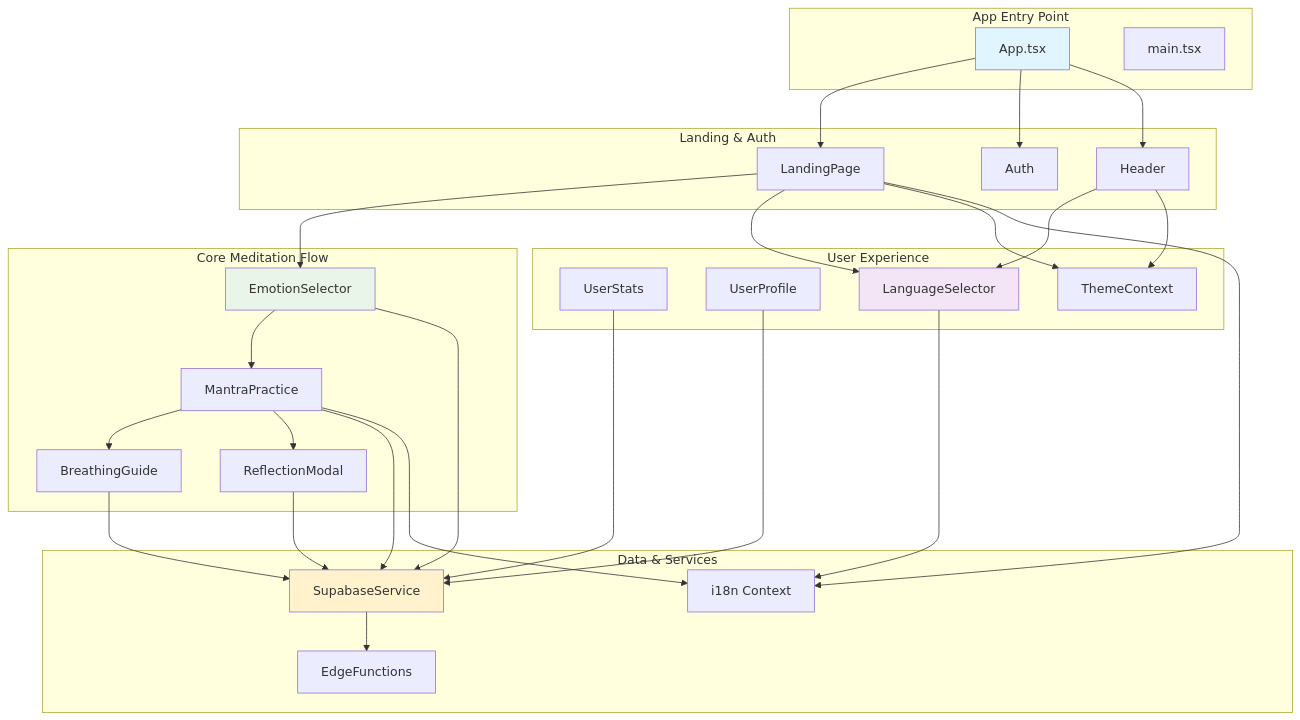
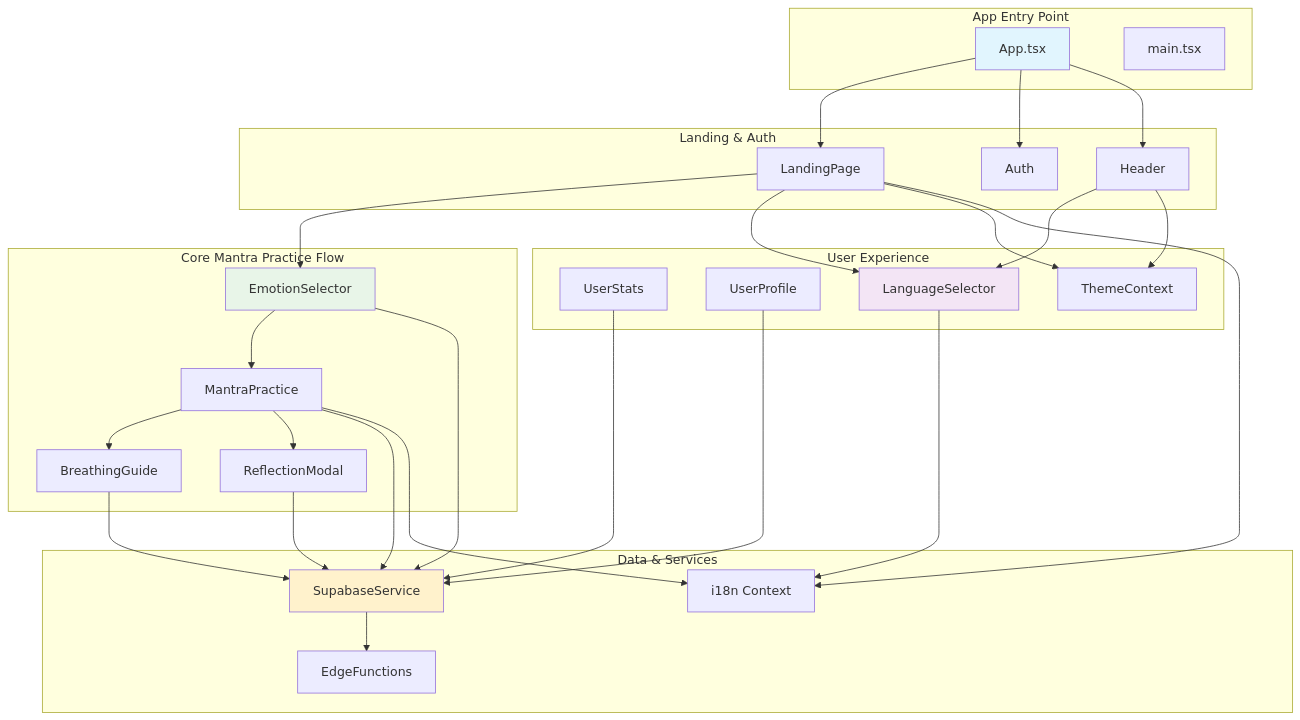
Before and after one commit to life-universe025/Emotion-mantra-mapping: the fifth of 6 diagrams in README.md, drawn with Mermaid. The commit also changed other lines of this file and 46 other files, not shown here.

````diff
--- a/README.md
+++ b/README.md
@@ -454,64 +454,64 @@
 ```mermaid
 graph TD
     subgraph "App Entry Point"
         A[App.tsx]
         B[main.tsx]
     end
     
     subgraph "Landing & Auth"
         C[LandingPage]
         D[Auth]
         E[Header]
     end
     
-    subgraph "Core Meditation Flow"
+    subgraph "Core Mantra Practice Flow"
         F[EmotionSelector]
         G[MantraPractice]
         H[BreathingGuide]
         I[ReflectionModal]
     end
     
     subgraph "User Experience"
         J[UserStats]
         K[UserProfile]
         L[LanguageSelector]
         M[ThemeContext]
     end
     
     subgraph "Data & Services"
         N[SupabaseService]
         O[EdgeFunctions]
         P[i18n Context]
     end
     
     A --> C
     A --> D
     A --> E
     
     C --> F
     F --> G
     G --> H
     G --> I
     
     E --> L
     E --> M
     C --> L
     C --> M
     
     F --> N
     G --> N
     H --> N
     I --> N
     J --> N
     K --> N
     
     N --> O
     L --> P
     C --> P
     G --> P
     
     style A fill:#e1f5fe
     style F fill:#e8f5e8
     style N fill:#fff2cc
     style L fill:#f3e5f5
 ```
````
